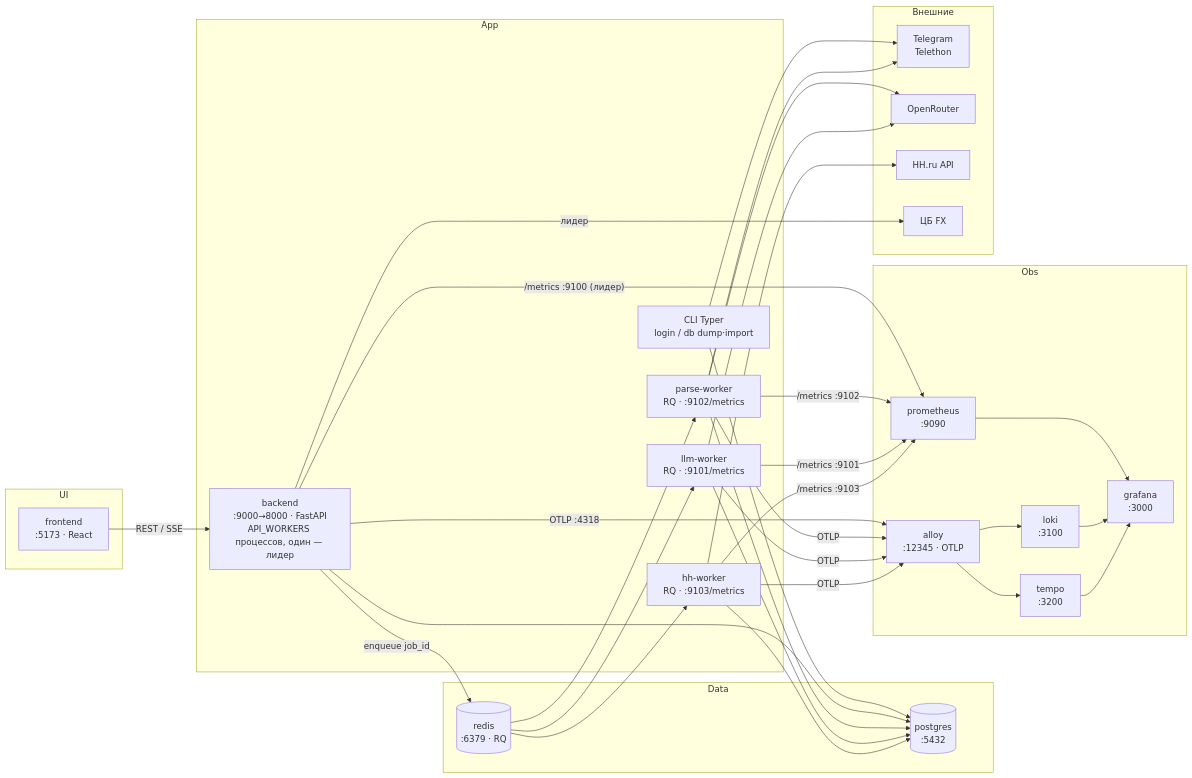
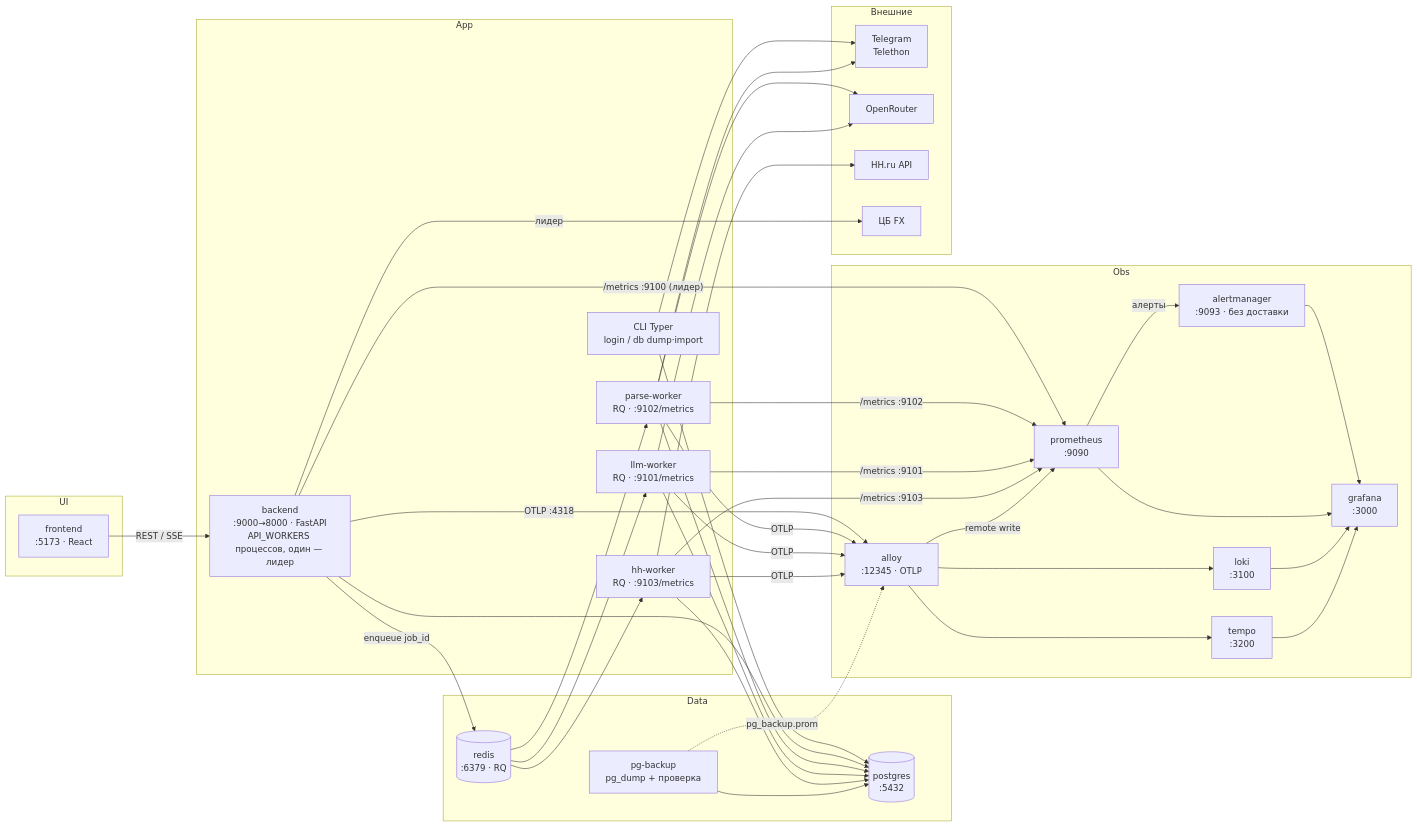
Before and after one commit to Kickgodx/tg-channels-vacancy-parser: the diagram in docs/architecture/architecture-by-services.md, drawn with Mermaid. The commit also changed other lines of this file and 28 other files, not shown here.

First line of the commit message:
feat: alerting (Prometheus rules + Alertmanager without delivery, lease/overload/LLM-disabled metrics, pg-backup textfile metrics via Alloy)

````diff
--- a/docs/architecture/architecture-by-services.md
+++ b/docs/architecture/architecture-by-services.md
@@ -5,64 +5,71 @@
 ```mermaid
 flowchart LR
   subgraph UI
     FE["frontend<br/>:5173 · React"]
   end
 
   subgraph App
     BE["backend<br/>:9000→8000 · FastAPI<br/>API_WORKERS процессов, один — лидер"]
     PW["parse-worker<br/>RQ · :9102/metrics"]
     W["llm-worker<br/>RQ · :9101/metrics"]
     HW["hh-worker<br/>RQ · :9103/metrics"]
     CLI["CLI Typer<br/>login / db dump·import"]
   end
 
   subgraph Data
     PG[("postgres<br/>:5432")]
     RD[("redis<br/>:6379 · RQ")]
+    PGB["pg-backup<br/>pg_dump + проверка"]
   end
 
   subgraph Obs
     PROM["prometheus<br/>:9090"]
     ALLOY["alloy<br/>:12345 · OTLP"]
     LOKI["loki<br/>:3100"]
     TEMPO["tempo<br/>:3200"]
     GRAF["grafana<br/>:3000"]
+    AM["alertmanager<br/>:9093 · без доставки"]
   end
 
   subgraph Ext["Внешние"]
     TG["Telegram<br/>Telethon"]
     OR["OpenRouter"]
     HH["HH.ru API"]
     CBR["ЦБ FX"]
   end
 
   FE -->|"REST / SSE"| BE
   CLI --> PG
   CLI --> TG
   BE --> PG
   BE -->|enqueue job_id| RD
   RD --> PW
   RD --> W
   RD --> HW
   PW --> PG
   W --> PG
   HW --> PG
   PW --> TG
   PW --> OR
   W --> OR
   HW --> HH
   BE -->|"лидер"| CBR
   BE -->|"/metrics :9100 (лидер)"| PROM
   PW -->|"/metrics :9102"| PROM
   W -->|"/metrics :9101"| PROM
   HW -->|"/metrics :9103"| PROM
   BE -->|"OTLP :4318"| ALLOY
   PW -->|"OTLP"| ALLOY
   W -->|"OTLP"| ALLOY
   HW -->|"OTLP"| ALLOY
   ALLOY --> LOKI
   ALLOY --> TEMPO
+  PGB --> PG
+  PGB -.->|"pg_backup.prom"| ALLOY
+  ALLOY -->|"remote write"| PROM
+  PROM -->|"алерты"| AM
+  AM --> GRAF
   PROM --> GRAF
   LOKI --> GRAF
   TEMPO --> GRAF
 ```
````
